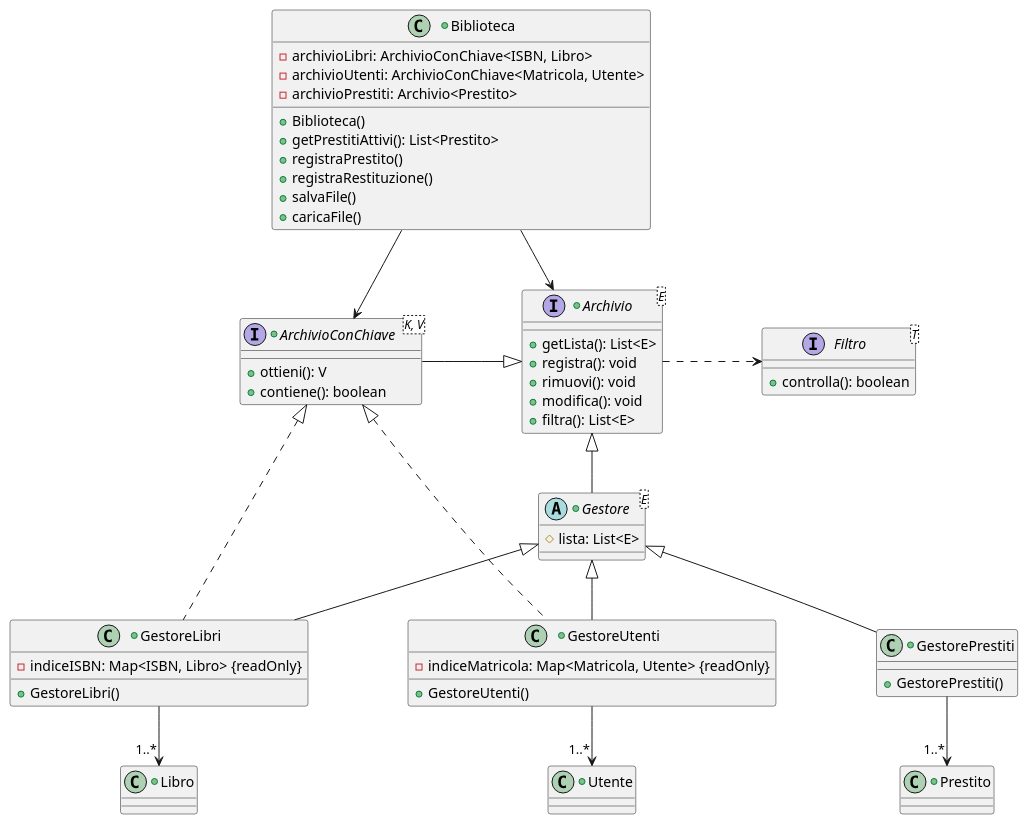
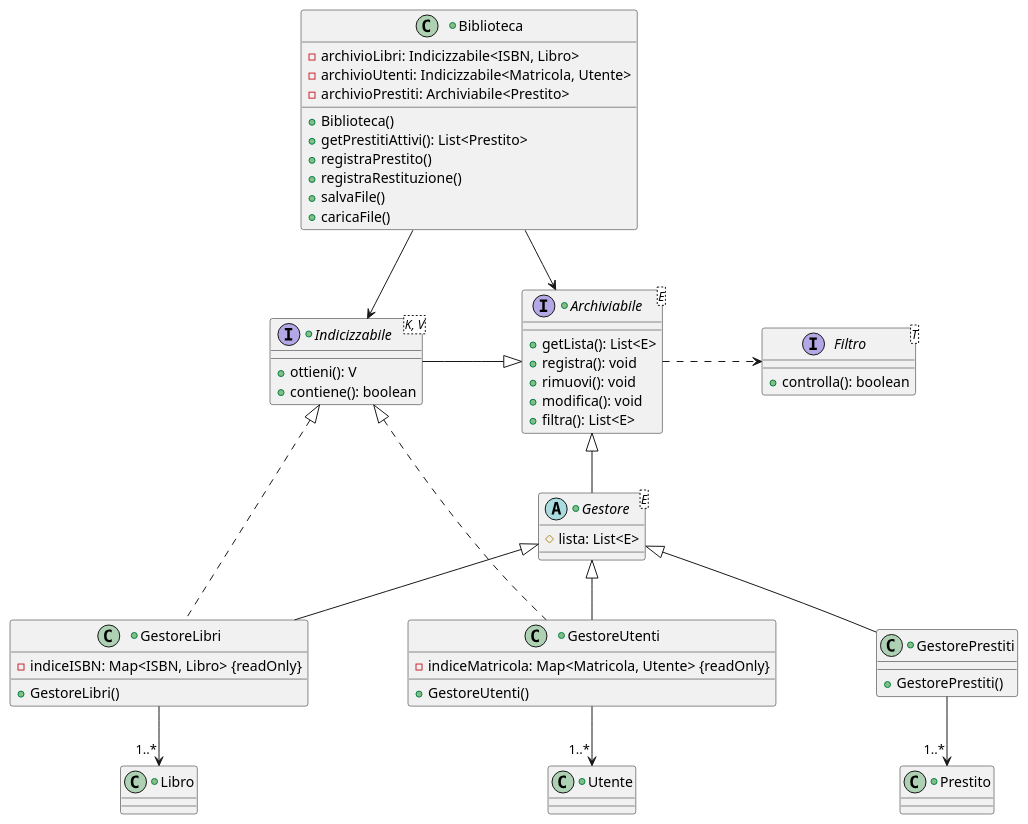
Before and after one commit to Meziu/easylibrary: the diagram in docs/uml/classesGestori.puml, drawn with PlantUML. The commit also changed 1 other file, not shown here.

```diff
--- a/docs/uml/classesGestori.puml
+++ b/docs/uml/classesGestori.puml
@@ -1,87 +1,87 @@
 @startuml
 'skinparam classAttributeIconSize 0
 skinparam nodesep 100
 
 interface Filtro<T> {
     +controlla(): boolean
 }
 
 together {
-    +interface Archivio<E> {
+    +interface Archiviabile<E> {
         +getLista(): List<E>
         +registra(): void
         +rimuovi(): void
         +modifica(): void
         +filtra(): List<E>
     }
 
-    +interface ArchivioConChiave<K, V> {
+    +interface Indicizzabile<K, V> {
         +ottieni(): V
         +contiene(): boolean
     }
 }
 
 +class Utente {
 }
 
 +class Libro{
 }
 
 +class Prestito{
 }
 
 
 +class Biblioteca {
-    -archivioLibri: ArchivioConChiave<ISBN, Libro>
-    -archivioUtenti: ArchivioConChiave<Matricola, Utente>
-    -archivioPrestiti: Archivio<Prestito>
+    -archivioLibri: Indicizzabile<ISBN, Libro>
+    -archivioUtenti: Indicizzabile<Matricola, Utente>
+    -archivioPrestiti: Archiviabile<Prestito>
 
     +Biblioteca()
     +getPrestitiAttivi(): List<Prestito>
     +registraPrestito()
     +registraRestituzione()
     +salvaFile()
     +caricaFile()
 }
 
 +abstract class Gestore<E> {
     #lista: List<E>
 }
 
 together {
     +class GestoreLibri extends Gestore {
 
         -indiceISBN: Map<ISBN, Libro> {readOnly}
 
         +GestoreLibri()
     }
 
 
     +class GestoreUtenti extends Gestore {
         -indiceMatricola: Map<Matricola, Utente> {readOnly}
 
         +GestoreUtenti()
     }
 
 
     +class GestorePrestiti extends Gestore {
 
         +GestorePrestiti()
     }
 }
 
-Gestore -up-|> Archivio
+Gestore -up-|> Archiviabile
 
-Biblioteca --> Archivio
-Biblioteca --> ArchivioConChiave
+Biblioteca --> Archiviabile
+Biblioteca --> Indicizzabile
 
-ArchivioConChiave -right-|> Archivio
-Archivio .right.> Filtro
+Indicizzabile -right-|> Archiviabile
+Archiviabile .right.> Filtro
 
-GestoreLibri .up.|> ArchivioConChiave
-GestoreUtenti .up.|> ArchivioConChiave
+GestoreLibri .up.|> Indicizzabile
+GestoreUtenti .up.|> Indicizzabile
 
 GestoreUtenti --> "1..*" Utente
 GestoreLibri --> "1..*" Libro
 GestorePrestiti --> "1..*" Prestito
 @enduml
```
